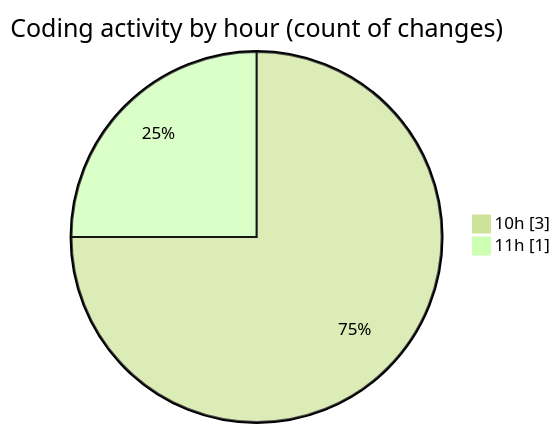
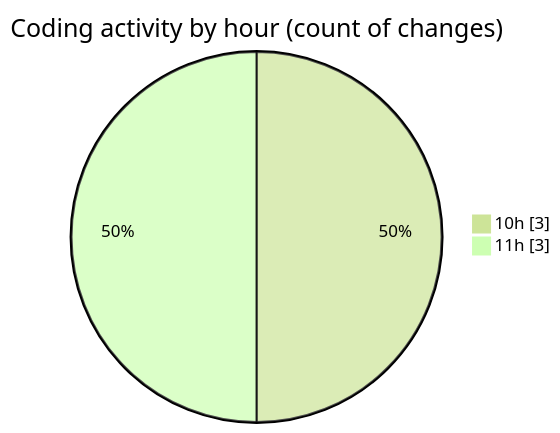
The second of 2 diagrams in 2025-11-07/nxtqube_webapp/README.md (nxtqubesakshisongat/code-tracking), drawn with Mermaid (forest theme) before and after one commit. The commit also changed other lines of this file and 1 other file, not shown here.

````diff
--- a/2025-11-07/nxtqube_webapp/README.md
+++ b/2025-11-07/nxtqube_webapp/README.md
@@ -28,6 +31,6 @@
 ```mermaid
 pie showData
 title Coding activity by hour (count of changes)
 "10h" : 3
-"11h" : 1
+"11h" : 3
 ```
````
